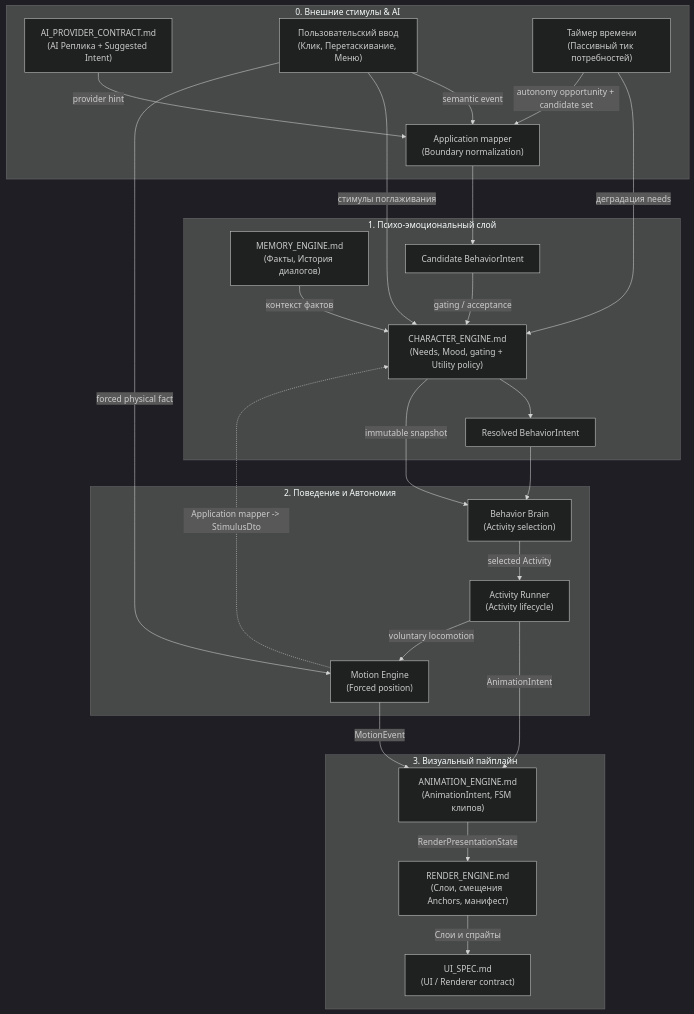
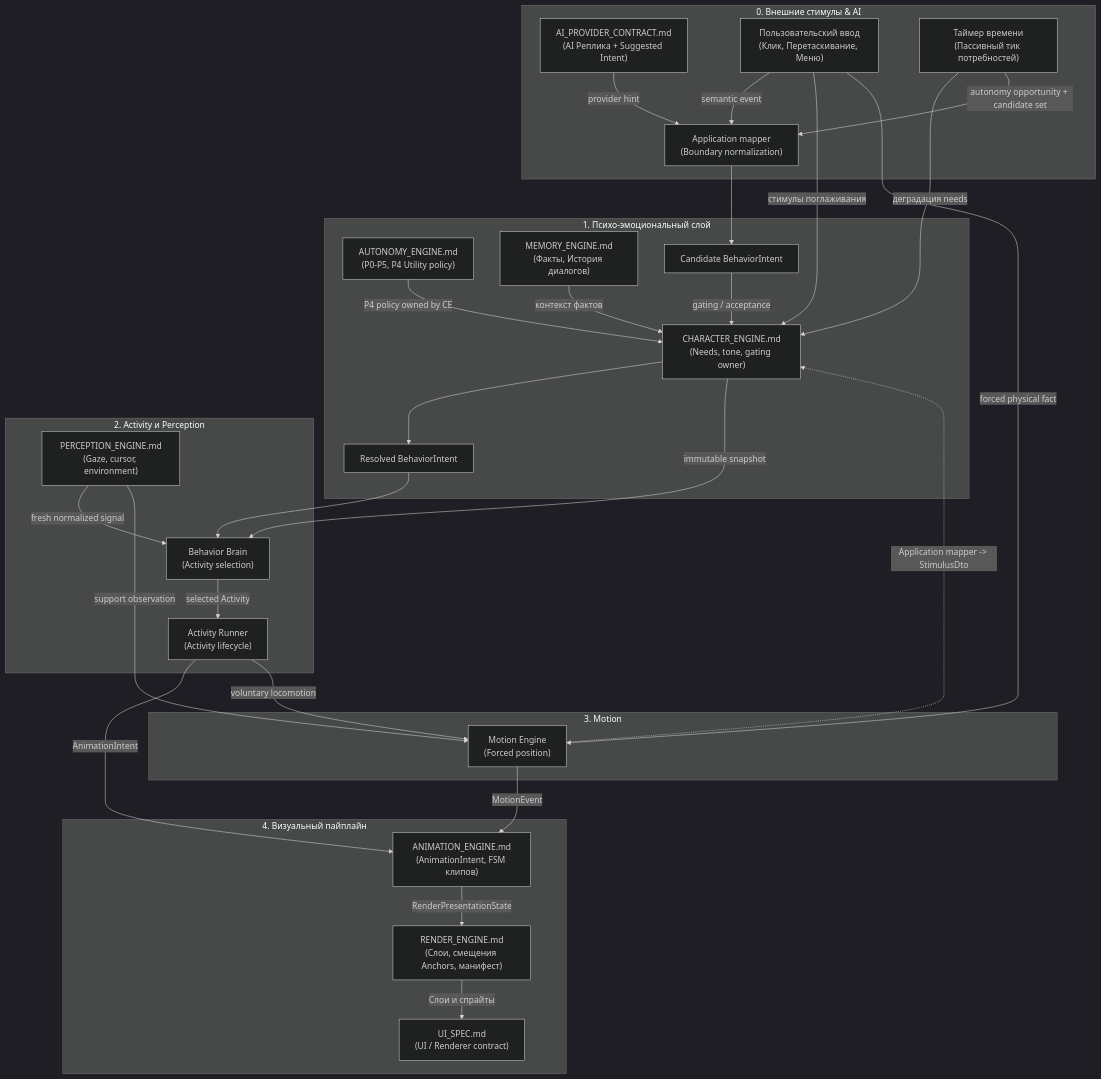
One commit to zyzycode/project_wisp changed the diagram in docs/engine/README.md. Above: the diagram before and after it, drawn with Mermaid (dark theme). The commit also changed other lines of this file and 13 other files, not shown here.

Commit message:
docs(engine): split Shimeji contracts

````diff
--- a/docs/engine/README.md
+++ b/docs/engine/README.md
@@ -38,55 +46,63 @@
 ```mermaid
 flowchart TD
     subgraph External["0. Внешние стимулы & AI"]
         AI["AI_PROVIDER_CONTRACT.md\n(AI Реплика + Suggested Intent)"]
         UserEvents["Пользовательский ввод\n(Клик, Перетаскивание, Меню)"]
         Tick["Таймер времени\n(Пассивный тик потребностей)"]
         Mapper["Application mapper\n(Boundary normalization)"]
     end
 
     subgraph Mind["1. Психо-эмоциональный слой"]
-        CE["CHARACTER_ENGINE.md\n(Needs, Mood, gating + Utility policy)"]
+        CE["CHARACTER_ENGINE.md\n(Needs, tone, gating owner)"]
+        AU["AUTONOMY_ENGINE.md\n(P0-P5, P4 Utility policy)"]
         Mem["MEMORY_ENGINE.md\n(Факты, История диалогов)"]
         Candidate["Candidate BehaviorIntent"]
         Resolved["Resolved BehaviorIntent"]
     end
 
-    subgraph Motion["2. Поведение и Автономия"]
+    subgraph Behavior["2. Activity и Perception"]
         Brain["Behavior Brain\n(Activity selection)"]
         Runner["Activity Runner\n(Activity lifecycle)"]
+        Perception["PERCEPTION_ENGINE.md\n(Gaze, cursor, environment)"]
+    end
+
+    subgraph Motion["3. Motion"]
         Physics["Motion Engine\n(Forced position)"]
     end
 
-    subgraph Visual["3. Визуальный пайплайн"]
+    subgraph Visual["4. Визуальный пайплайн"]
         AE["ANIMATION_ENGINE.md\n(AnimationIntent, FSM клипов)"]
         RE["RENDER_ENGINE.md\n(Слои, смещения Anchors, манифест)"]
         UI["UI_SPEC.md\n(UI / Renderer contract)"]
     end
 
     %% Потоки стимулов
     Tick -->|деградация needs| CE
     AI -->|provider hint| Mapper
     UserEvents -->|semantic event| Mapper
     Tick -->|autonomy opportunity + candidate set| Mapper
     Mapper --> Candidate
     Candidate -->|gating / acceptance| CE
+    AU -->|P4 policy owned by CE| CE
     CE --> Resolved
     UserEvents -->|стимулы поглаживания| CE
     UserEvents -->|forced physical fact| Physics
 
     %% Психология -> Выбор поведения
     Mem -->|контекст фактов| CE
     Resolved --> Brain
     CE -->|immutable snapshot| Brain
     Brain -->|selected Activity| Runner
+    Perception -->|fresh normalized signal| Brain
+    Perception -->|support observation| Physics
 
-    %% Shimeji -> Визуализация
+    %% Activity/Motion -> Визуализация
     Runner -->|AnimationIntent| AE
     Physics -->|MotionEvent| AE
     Runner -->|voluntary locomotion| Physics
     AE -->|RenderPresentationState| RE
     RE -->|Слои и спрайты| UI
 
     %% Обратная связь физики в психологию
     Physics -.->|Application mapper -> StimulusDto| CE
 ```
````
